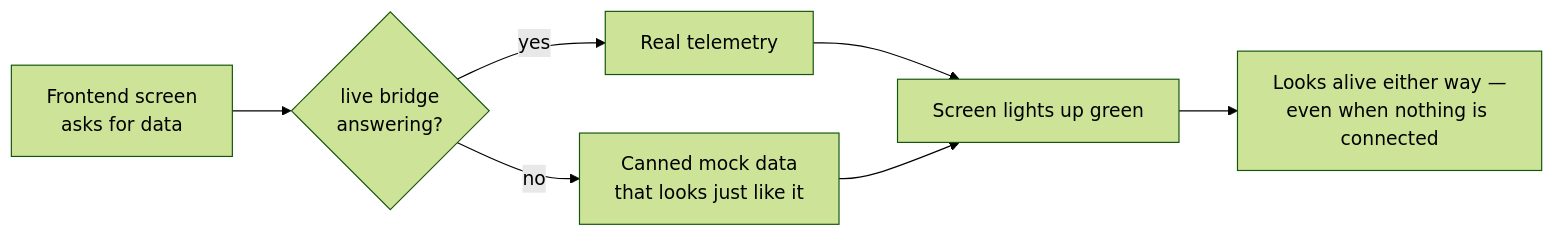
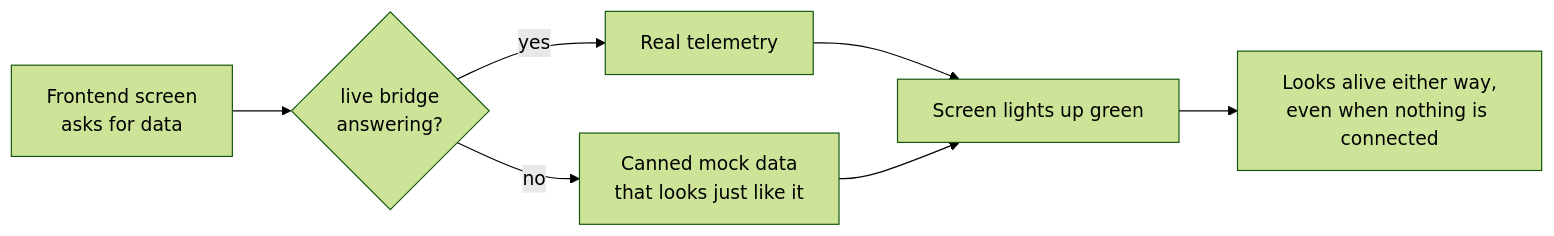
The ninth of 9 diagrams in docs/essays/trusted-at-130mph.md (mlnomadpy/trustable-ai-superapp), drawn with Mermaid (forest theme) before and after one commit. The commit also changed other lines of this file, not shown here.

````diff
--- a/docs/essays/trusted-at-130mph.md
+++ b/docs/essays/trusted-at-130mph.md
@@ -236,9 +236,9 @@
 ```mermaid
 flowchart LR
     APP[Frontend screen<br/>asks for data] --> B{live bridge<br/>answering?}
     B -- yes --> REAL[Real telemetry]
     B -- no --> MOCK[Canned mock data<br/>that looks just like it]
     REAL --> OK[Screen lights up green]
     MOCK --> OK
-    OK --> LIE[Looks alive either way —<br/>even when nothing is connected]
+    OK --> LIE[Looks alive either way,<br/>even when nothing is connected]
 ```
````
